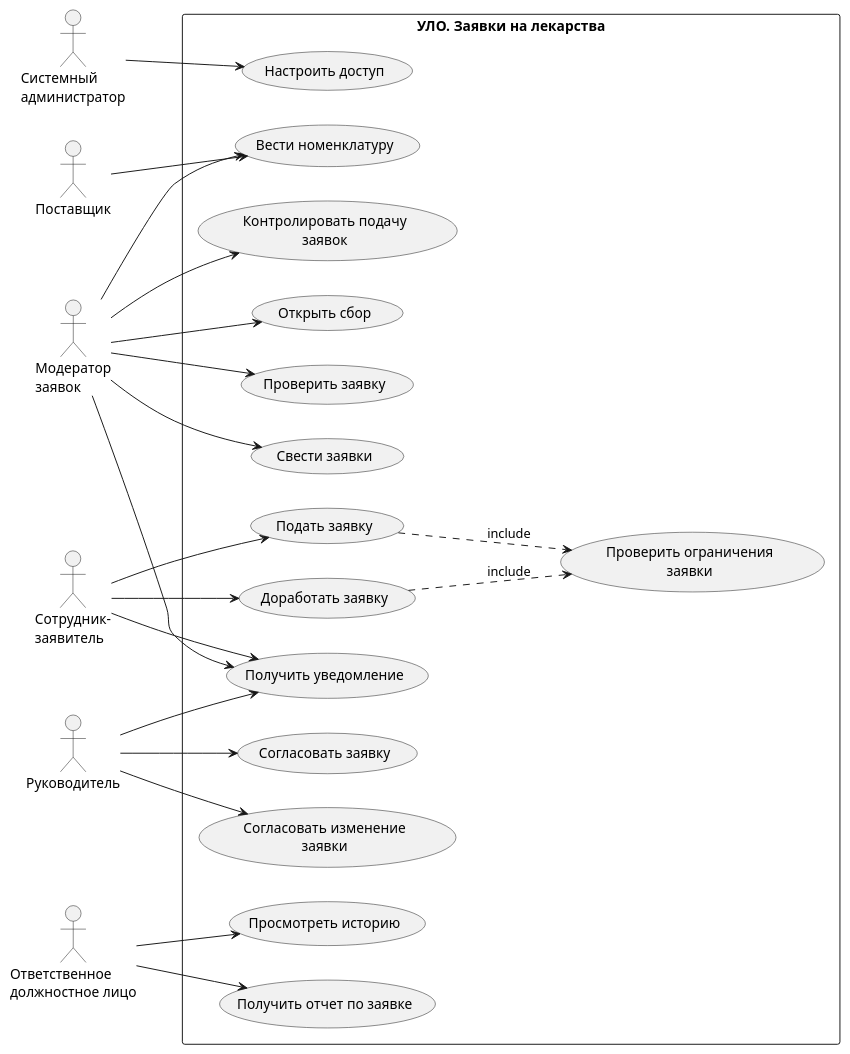
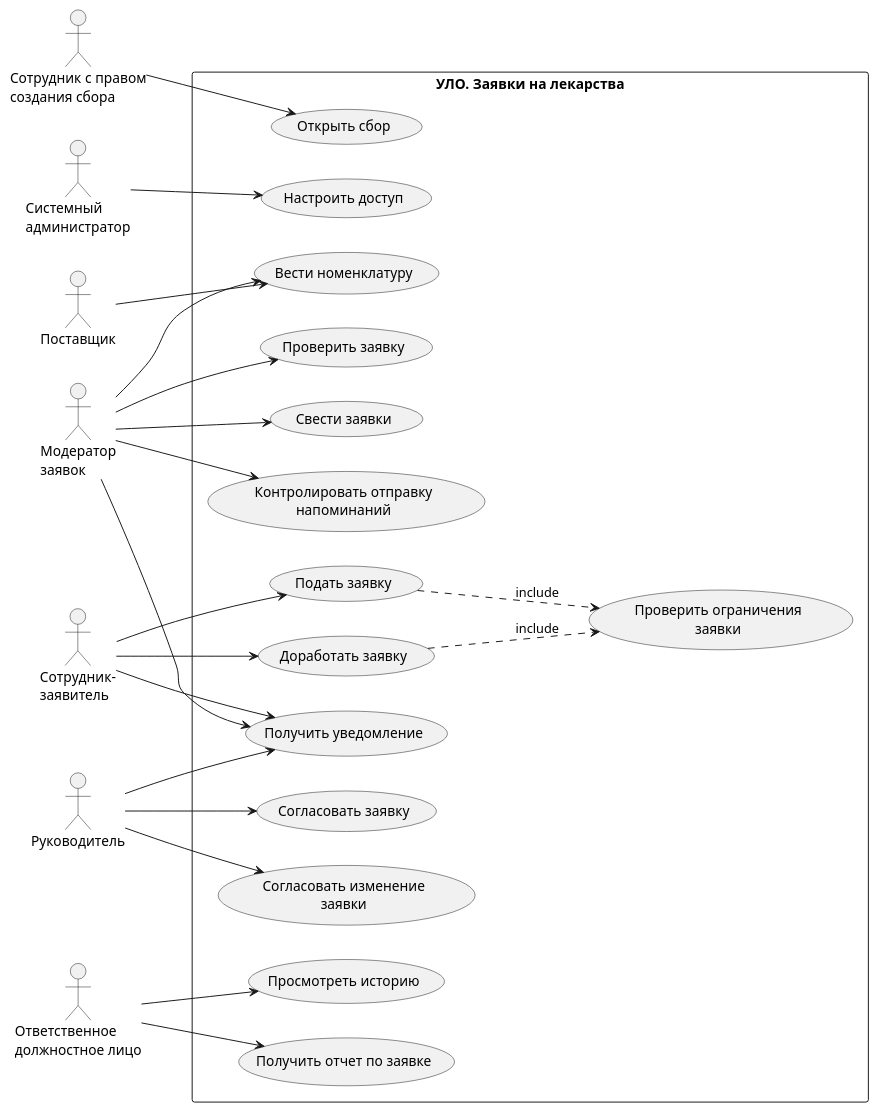
One commit to ki-kluz/RiATkPO-Lab-01 changed the diagram in variants/05 - УЛО/src/diagrams/usecase.puml. Above: the diagram before and after it, drawn with PlantUML. The commit also changed 2 other files, not shown here.

Commit message:
Обновил диаграммы УЛО и добавил журнал ревью ЛР-2

```diff
--- a/variants/05 - УЛО/src/diagrams/usecase.puml
+++ b/variants/05 - УЛО/src/diagrams/usecase.puml
@@ -1,43 +1,44 @@
 @startuml usecase
 left to right direction
+actor "Сотрудник с правом\nсоздания сбора" as CollectionOwner
 actor "Системный\nадминистратор" as Admin
 actor "Поставщик" as Supplier
 actor "Модератор\nзаявок" as Moderator
 actor "Сотрудник-\nзаявитель" as Applicant
 actor "Руководитель" as Head
 actor "Ответственное\nдолжностное лицо" as Official
 rectangle "УЛО. Заявки на лекарства" {
   usecase "Настроить доступ" as UC1
   usecase "Вести номенклатуру" as UC2
   usecase "Открыть сбор" as UC3
   usecase "Подать заявку" as UC4
   usecase "Проверить ограничения\nзаявки" as UC5
   usecase "Доработать заявку" as UC6
   usecase "Проверить заявку" as UC7
   usecase "Согласовать заявку" as UC8
   usecase "Свести заявки" as UC9
   usecase "Согласовать изменение\nзаявки" as UC10
-  usecase "Контролировать подачу\nзаявок" as UC11
+  usecase "Контролировать отправку\nнапоминаний" as UC11
   usecase "Получить уведомление" as UC12
   usecase "Просмотреть историю" as UC13
   usecase "Получить отчет по заявке" as UC14
 }
 Admin --> UC1
 Supplier --> UC2
 Moderator --> UC2
-Moderator --> UC3
+CollectionOwner --> UC3
 Applicant --> UC4
 Applicant --> UC6
 Moderator --> UC7
 Head --> UC8
 Moderator --> UC9
 Head --> UC10
 Moderator --> UC11
 Applicant --> UC12
 Moderator --> UC12
 Head --> UC12
 Official --> UC13
 Official --> UC14
 UC4 ..> UC5 : include
 UC6 ..> UC5 : include
 @enduml
```
